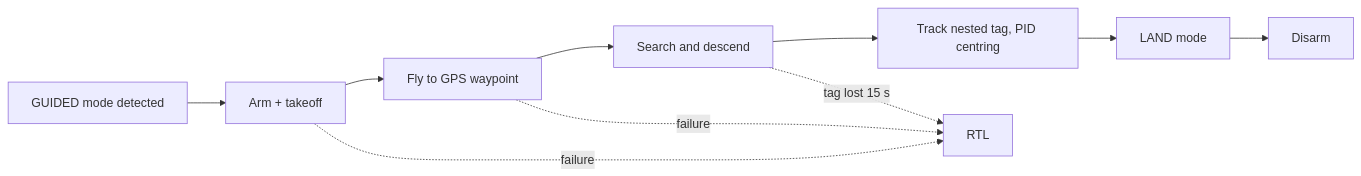
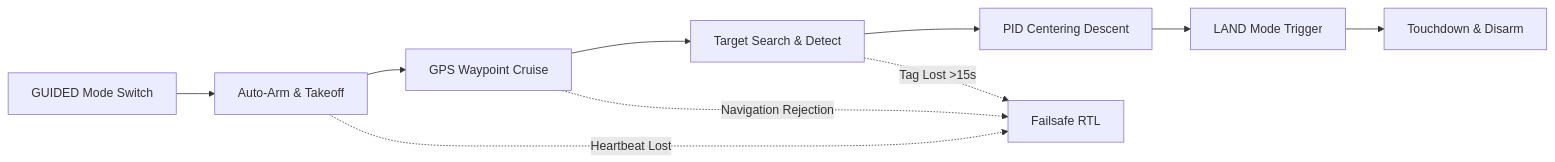
One commit to Abhinmadhu01/Precision_landing_ardupilot changed the diagram in README.md. Above: the diagram before and after it, drawn with Mermaid. The commit also changed other lines of this file and 12 other files, not shown here.

Commit message:
docs: update documentation, add connection diagram, and configure workspace settings

````diff
--- a/README.md
+++ b/README.md
@@ -28,12 +51,12 @@
 ```mermaid
 flowchart LR
-    A[GUIDED mode detected] --> B[Arm + takeoff]
-    B --> C[Fly to GPS waypoint]
-    C --> D[Search and descend]
-    D --> E[Track nested tag, PID centring]
-    E --> F[LAND mode]
-    F --> G[Disarm]
-    B -. failure .-> R[RTL]
-    C -. failure .-> R
-    D -. tag lost 15 s .-> R
+    A[GUIDED Mode Switch] --> B[Auto-Arm & Takeoff]
+    B --> C[GPS Waypoint Cruise]
+    C --> D[Target Search & Detect]
+    D --> E[PID Centering Descent]
+    E --> F[LAND Mode Trigger]
+    F --> G[Touchdown & Disarm]
+    B -. Heartbeat Lost .-> R[Failsafe RTL]
+    C -. Navigation Rejection .-> R
+    D -. Tag Lost >15s .-> R
 ```
````
